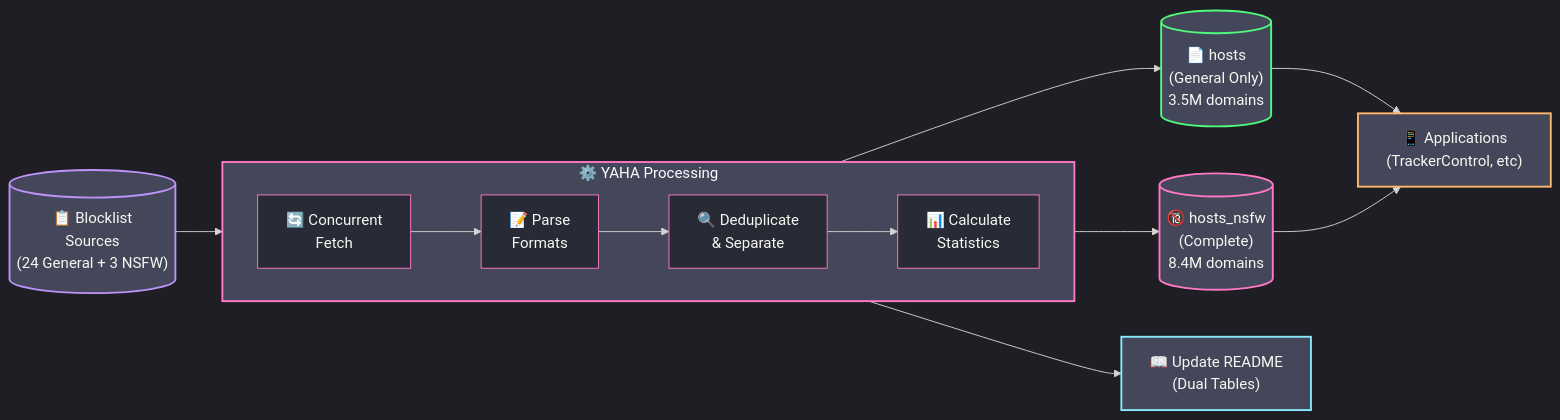
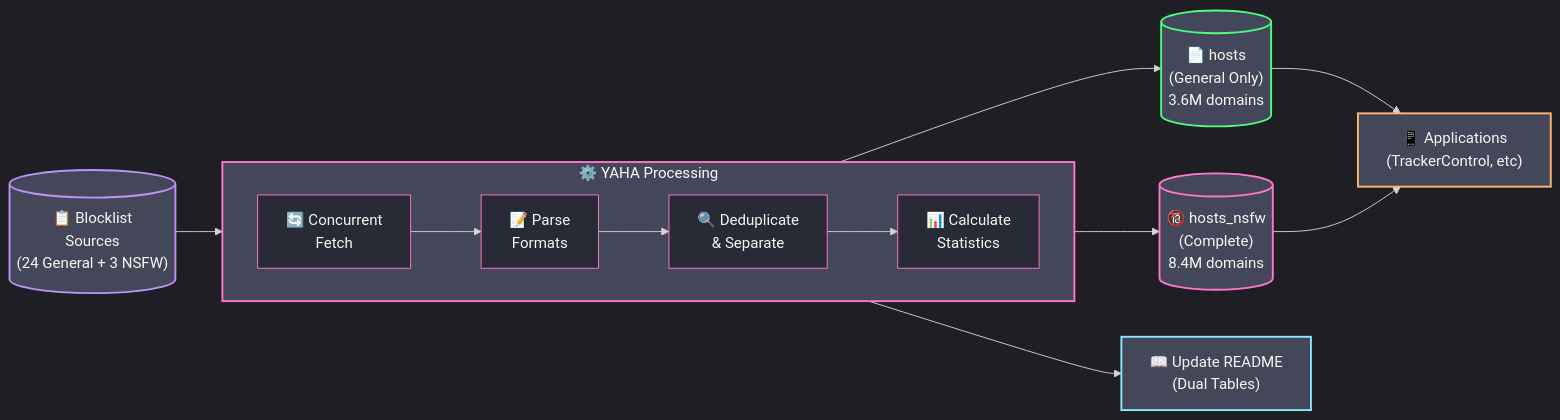
Before and after one commit to scottdraper8/yaha: the diagram in README.md, drawn with Mermaid. The commit also changed other lines of this file, not shown here.

Commit message:
Update blocklist stats: 3596896 general / 8439008 with NSFW [automated]

````diff
--- a/README.md
+++ b/README.md
@@ -42,35 +42,35 @@
 ```mermaid
 %%{init: {'theme': 'dark', 'themeVariables': {
     'primaryColor': '#ff79c6',
     'secondaryColor': '#bd93f9',
     'tertiaryColor': '#44475a',
     'mainBkg': '#282a36',
     'nodeBorder': '#ff79c6',
     'clusterBkg': '#44475a',
     'clusterBorder': '#bd93f9',
     'textColor': '#f8f8f2'
 }}}%%
 flowchart LR
     Sources[("📋 Blocklist<br/>Sources<br/>(24 General + 3 NSFW)")] --> Fetch
 
     subgraph Process["⚙️ YAHA Processing"]
         direction LR
         Fetch["🔄 Concurrent<br/>Fetch"] --> Parse["📝 Parse<br/>Formats"]
         Parse --> Dedupe["🔍 Deduplicate<br/>& Separate"]
         Dedupe --> Stats["📊 Calculate<br/>Statistics"]
     end
 
-    Stats --> Output1[("📄 hosts<br/>(General Only)<br/>3.5M domains")]
+    Stats --> Output1[("📄 hosts<br/>(General Only)<br/>3.6M domains")]
     Stats --> Output2[("🔞 hosts_nsfw<br/>(Complete)<br/>8.4M domains")]
     Stats --> README["📖 Update README<br/>(Dual Tables)"]
 
     Output1 --> Apps["📱 Applications<br/>(TrackerControl, etc)"]
     Output2 --> Apps
 
     style Sources fill:#44475a,stroke:#bd93f9,stroke-width:2px
     style Process fill:#44475a,stroke:#ff79c6,stroke-width:2px
     style Output1 fill:#44475a,stroke:#50fa7b,stroke-width:2px
     style Output2 fill:#44475a,stroke:#ff79c6,stroke-width:2px
     style README fill:#44475a,stroke:#8be9fd,stroke-width:2px
     style Apps fill:#44475a,stroke:#ffb86c,stroke-width:2px
 ```
````
